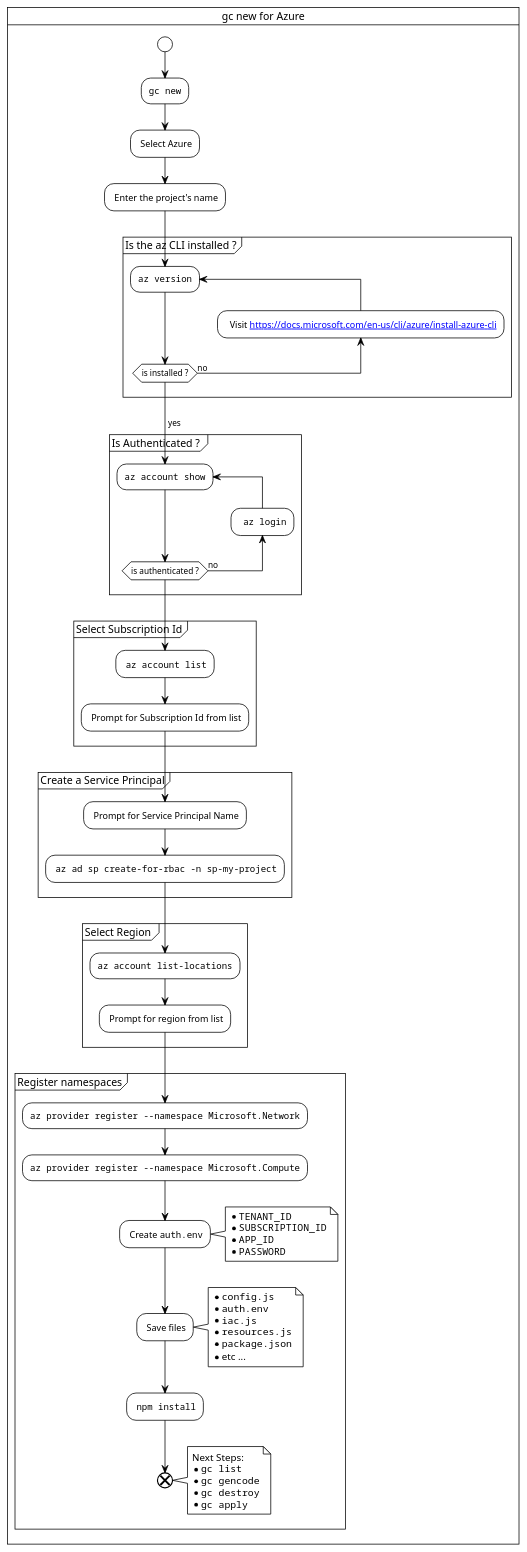
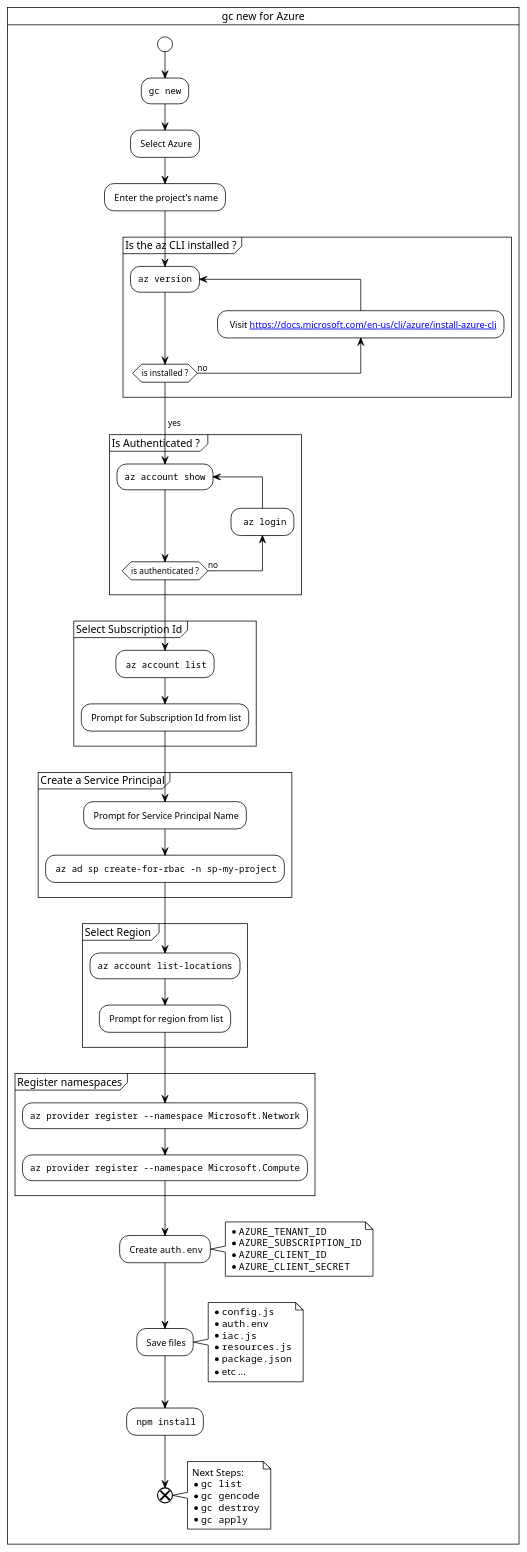
Before and after one commit to grucloud/grucloud: the diagram in docusaurus/plantuml/gc-new-azure.puml, drawn with PlantUML. The commit also changed 4 other files, not shown here.

```diff
--- a/docusaurus/plantuml/gc-new-azure.puml
+++ b/docusaurus/plantuml/gc-new-azure.puml
@@ -1,79 +1,80 @@
 @startuml gc-new-azure
 !theme plain
 
 skinparam svgLinkTarget _blank
 
 card "gc new for Azure" {
 start
 
 :""gc new"";
 : Select Azure;
 : Enter the project's name;
 
 
 partition "Is the az CLI installed ?" {
 repeat :""az version"";
 backward:  Visit [[https://docs.microsoft.com/en-us/cli/azure/install-azure-cli]];
 repeat while (is installed ?) is (no) 
 ->yes;
 }
 
 partition "Is Authenticated ? " {
 
 repeat :""az account show"";
 backward:  ""az login"";
 repeat while (is authenticated ?) is (no) 
 
 }
 
 partition "Select Subscription Id" {
  
 : ""az account list"";
 : Prompt for Subscription Id from list;
 }
 
 partition "Create a Service Principal" {
 : Prompt for Service Principal Name;
 : ""az ad sp create-for-rbac -n sp-my-project"";
 }
 
 partition "Select Region " {
   :""az account list-locations"";
 : Prompt for region from list;
 }
 
 partition "Register namespaces" {
 :""az provider register --namespace Microsoft.Network"";
 :""az provider register --namespace Microsoft.Compute"";
+}
 
 : Create ""auth.env"";
 note right
-* ""TENANT_ID""
-* ""SUBSCRIPTION_ID""
-* ""APP_ID""
-* ""PASSWORD""
+* ""AZURE_TENANT_ID""
+* ""AZURE_SUBSCRIPTION_ID""
+* ""AZURE_CLIENT_ID""
+* ""AZURE_CLIENT_SECRET""
 end note 
 
 : Save files; 
 note right
 * ""config.js""
 * ""auth.env""
 * ""iac.js""
 * ""resources.js""
 * ""package.json""
 * etc ...
 end note 
 
 : ""npm install"";
 end
 
 note right
 Next Steps:
 * ""gc list""
 * ""gc gencode""
 * ""gc destroy""
 * ""gc apply""
 end note 
 
 }
 @enduml
```
